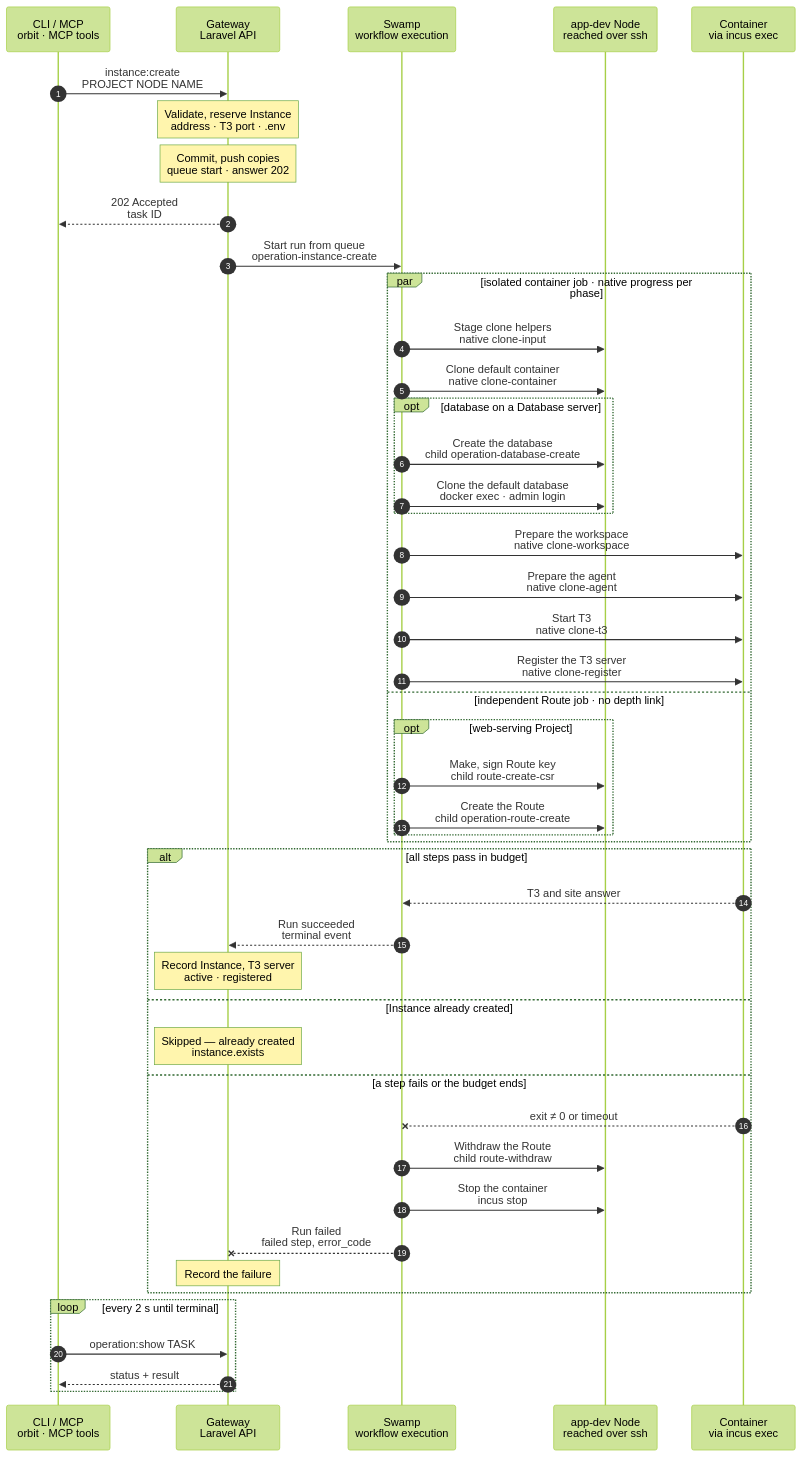
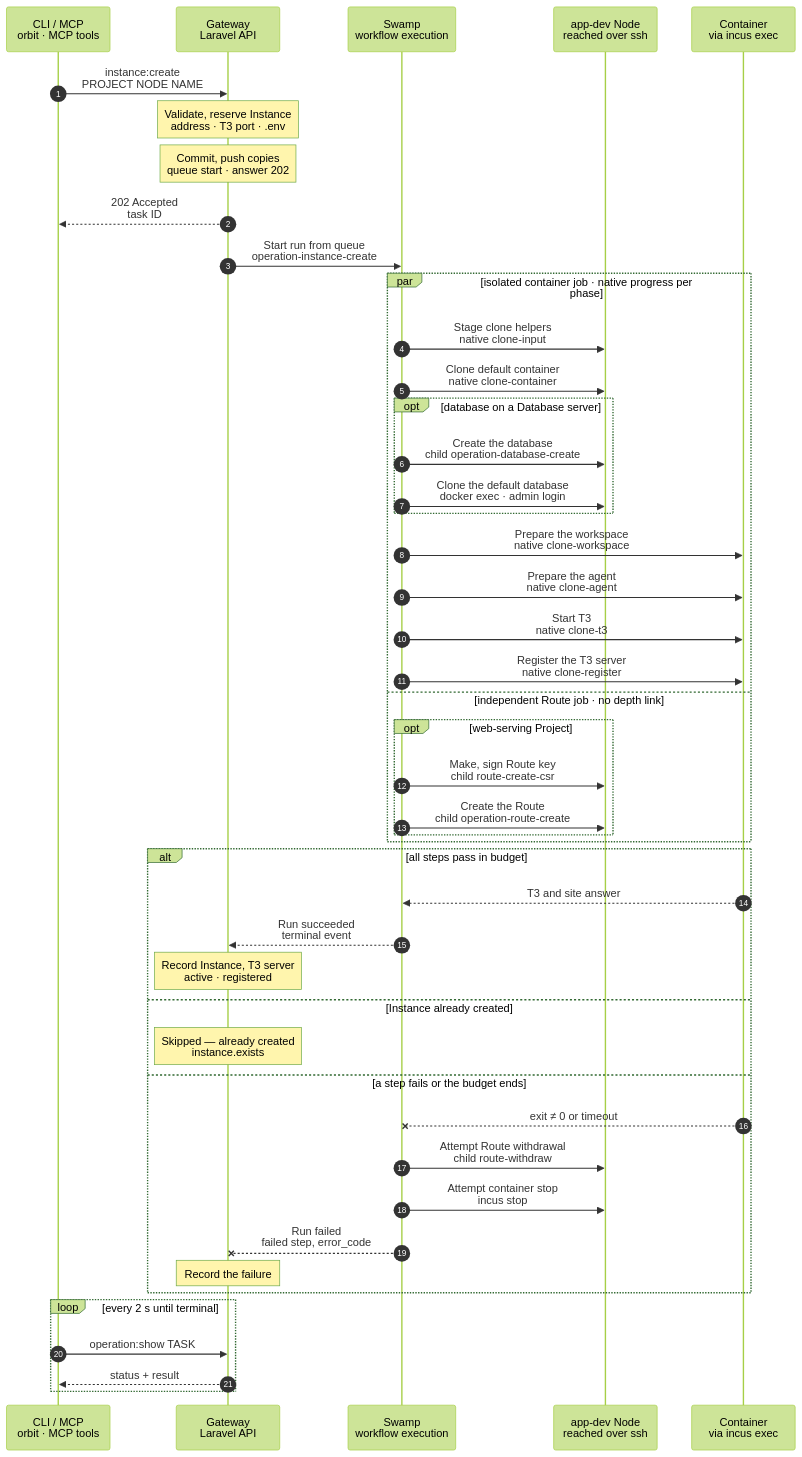
One commit to hardimpactdev/orbit changed the diagram in docs/cli/instance/container/create.mmd. Above: the diagram before and after it, drawn with Mermaid (forest theme). The commit also changed 7 other files, not shown here.

Commit message:
fix: cover cancelled container create recovery

```diff
--- a/docs/cli/instance/container/create.mmd
+++ b/docs/cli/instance/container/create.mmd
@@ -1,130 +1,132 @@
 sequenceDiagram
   %% Target design, container runtime (ADR 0250 step 3, docs/reference/development-containers.md#create): every new Instance is a ZFS clone of the Project's default Instance on its Node, with a clone of its database. Built for the Nodes of the build list. The kind and its step names follow docs/cli/instance/create.mmd; the intent's `container.clone` marks a clone. The Project's first default Instance is container/create-default.mmd; when the charts move into place, it becomes the first-default branch of this chart.
   %% status: draft
   %% command: instance:create
   %% kind: instance.create
   autonumber
   %% lane CLI icon=terminal pill=caller tone=gray
   %% lane GW icon=gateway pill=intent tone=blue
   %% lane SW icon=workflow pill=executes tone=green
   %% lane N icon=server pill=target tone=amber
   %% lane C icon=server pill=target tone=purple
   participant CLI as CLI / MCP<br/>orbit · MCP tools
   participant GW as Gateway<br/>Laravel API
   participant SW as Swamp<br/>workflow execution
   participant N as app-dev Node<br/>reached over ssh
   participant C as Container<br/>via incus exec
   CLI->>GW: instance:create<br/>PROJECT NODE NAME
   %%> Command:
   %%> - `orbit instance:create PROJECT NODE NAME`
   %%> - syntax: `<project> <node> <name> [--root=PATH] [--domain=HOST] [--branch=BRANCH] [--database-server=SLUG]`
   Note over GW: Validate, reserve Instance<br/>address · T3 port · .env
   %%> Requirements:
   %%> - the calling Node has node access to the target Node, an active `app-dev` Node
   %%> - the Project's `default` Instance runs in a container on this Node, is active and has a seed snapshot, else `instance.default_missing`
   %%> - Conn is enabled, and the model router has its guard, else `operation.kind_unavailable`
   %%> - a database on a Database server clones on the default's server; another server refuses `instance.database_clone_unsupported`
   %%> Result:
   %%> - the Instance is reserved with its runtime record: container name, bridge address, the lowest free T3 port from 3800 and the default as clone source
   %%> - `.env` is rendered from the Project's env template; it, the placeholder model key and a repository read token go to the vault
   %%> - the clone workspace reads one private JSON vault value with `.env` and the Process environment files; SSH stdin takes the whole value
   %%> - a task is recorded with the full intent and `container.clone`
   Note over GW: Commit, push copies<br/>queue start · answer 202
   GW-->>CLI: 202 Accepted<br/>task ID
   GW->>SW: Start run from queue<br/>operation-instance-create
   par isolated container job · native progress per phase
     SW->>N: Stage clone helpers<br/>native clone-input
     %%> What it does:
     %%> - stages the release's helpers and intent from stdin in a private folder for this run; later phases run its launcher by path
     %%> - scripts and intent never fill the SSH command; the next phase keeps the repository credential on its own stdin
     SW->>N: Clone default container<br/>native clone-container
     %%> What it does:
     %%> - the copy supplies the full root disk device (type, path, pool and size), whether the seed inherits it or stores it locally
     %%> - `incus copy` of the default container's snapshot `seed-<commit>`, a ZFS clone; a stopped default needs no start
     %%> - the copy gets its own bridge address and ACL, and the proxy device `t3`: NAT from the Node's WireGuard address and the T3 port to T3's port 3773
     %%> - the container's ACL lets the Node's Caddy reach port 8080, WireGuard peers reach port 3773, and the container reach its database server's port
     %%> - UFW: a route rule admits WireGuard peers to T3, below a deny for the task VM range; a rule admits the container to its database server's port
     %%> - starts the copy: nftables, `hidepid` and the image's units start; T3 does not, because `/etc/orbit/instance` does not exist yet
     %%> Mail:
     %%> - the same launch applies the exact SMTP path before the four root-owned mail units; no separate mail playbook or step
     %%> - two IPv4 loopback sockets forward 1025 and 2525; foreign units or listeners skip setup without stopping their Process
     %%> On mail failure:
     %%> - keep a mail warning and continue workspace, T3 and registration; mail:update remains the repair command
     %%> Branch:
     %%> - fetches the Instance's branch into the Node's mirror with the read token, or creates it at the seed commit; the token stays on the Node
     opt database on a Database server
       SW->>N: Create the database<br/>child operation-database-create
       %%> What it does, through the database family:
       %%> - creates the Instance's owner and an empty database on the default's server
       SW->>N: Clone the default database<br/>docker exec · admin login
       %%> What it does:
       %%> - PostgreSQL: refuses new connections to the default database and ends its sessions, then `CREATE DATABASE … TEMPLATE`, and gives the clone's objects to the new owner
       %%> - a cleanup that always runs allows connections to the default database again
       %%> - MySQL: a dump of the default database restored into the new one
       %%> Runs beside the clone step: Swamp starts both at once.
     end
     SW->>C: Prepare the workspace<br/>native clone-workspace
     %%> What it does:
     %%> - pushes the branch in as a bundle and checks it out in `/srv/workspace`; the group, setgid bits and default ACLs come with the clone
     %%> - writes `.env` for `orbit` with group `work`; it keeps the default's `APP_KEY`, because the cloned data is encrypted with it
     %%> - before Process start, prepares and fetches Node as orbit in this same phase; an inherited private recipe is kept, an old store is converted once even without Processes, so a later Node consumer can install its pin
     %%> No setup steps:
     %%> - the default Instance installed the dependencies and migrated; a later lockfile change is installed in the workspace
     SW->>C: Prepare the agent<br/>native clone-agent
     %%> What it does:
     %%> - writes the placeholder key for `agent`, and the Claude Code and Codex settings that point at the model forwarder
     %%> - links `~/.claude/CLAUDE.md` and `~/.codex/AGENTS.md` of `agent` to the note of the Project type
     %%> - writes `/etc/orbit/instance`, owned by root and readable by all
     %%> What it does:
     %%> - writes the shared FrankenPHP Caddyfile and unit, then restarts it as `orbit`; only the Node's bridge peer with `X-Forwarded-Proto: https` sets PHP's HTTPS scheme, port and resolved client IP
   %%> - starts use nonblocking systemd jobs, then a bounded readiness check for each running unit; container Process units order after `network.target`
     SW->>C: Start T3<br/>native clone-t3
     %%> What it does:
     %%> - T3 starts for the first time and creates its identity; the T3 project `/srv/workspace` is added as `agent`
     %%> Check:
     %%> - waits up to 30 s for `/.well-known/t3/environment`, else `instance.t3_unready`
     SW->>C: Register the T3 server<br/>native clone-register
     %%> What it does:
     %%> - see container/t3-register.mmd: the sessions go to the vault, and the step checks the environment id and scopes
     %%> - an inactive required unit refuses with `instance.container_process_inactive`; copy its structured public refusal even when sessions failed, skip registration, and retain the unit states in the Operation
   and independent Route job · no depth link
     opt web-serving Project
       SW->>N: Make, sign Route key<br/>child route-create-csr
       SW->>N: Create the Route<br/>child operation-route-create
       %%> What it adds:
       %%> - the same steps as `route:create`, with the signed certificate, then a TLS handshake check; no HTTP request waits for app startup
       %%> - the Node's Caddy proxies the Route to FrankenPHP at the container's bridge address
       %%> - the Route job waits only for its CSR; a separate job prevents depth scheduling from delaying the container phases
       %%> - the prepared Route skips workspace ACL and environment writes; the container job owns those
     end
   end
   alt all steps pass in budget
     C-->>SW: T3 and site answer
     SW-->>GW: Run succeeded<br/>terminal event
     Note over GW: Record Instance, T3 server<br/>active · registered
     %%> Result:
     %%> - the Instance, its runtime and its Route become active; the runtime records the default Instance it came from
     %%> - the Conn layer records the T3 server from the result; its Node is the container's Node and it names the Instance
     %%> - the receipt includes when T3 answered, its sessions passed, and the Route TLS probes passed
   else Instance already created
     Note over GW: Skipped — already created<br/>instance.exists
   else a step fails or the budget ends
     C--xSW: exit ≠ 0 or timeout
-    SW->>N: Withdraw the Route<br/>child route-withdraw
+    SW->>N: Attempt Route withdrawal<br/>child route-withdraw
     %%> When:
     %%> - only when the run published it
-    SW->>N: Stop the container<br/>incus stop
+    SW->>N: Attempt container stop<br/>incus stop
     %%> What stays:
-    %%> - the reservation, database and runtime record remain for retry; a container that exists is stopped
-    %%> - the failure result names retained_for_retry, the same create command with a new idempotency key, and forced destroy
+    %%> - the reservation, runtime, and any container, workspace, owned databases, test databases and role stay until the owner acts
+    %%> - a refused retry removes none of them; stop and Route withdrawal are attempted; failed compensation leaves its step failed
+    %%> - shared service endpoint records and rules may remain even after destroy until endpoint lifecycle work is live
+    %%> - failed and cancelled creates, including cancellation before work starts, report retained_for_retry, the same create command with a new idempotency key, and forced destroy
     %%> Cleanup:
     %%> - remove the private clone folder after success or failure, even if staging or the first launch failed
     SW--xGW: Run failed<br/>failed step, error_code
     Note over GW: Record the failure
     %%> Retry:
     %%> - run the same command again; it resumes on the same container and database
   end
   loop every 2 s until terminal
     CLI->>GW: operation:show TASK
     GW-->>CLI: status + result
   end
```
